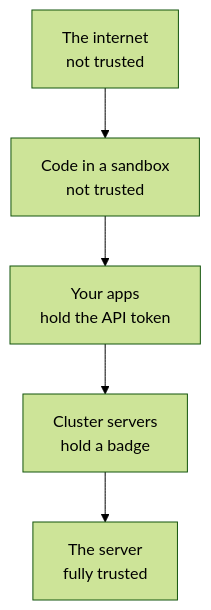
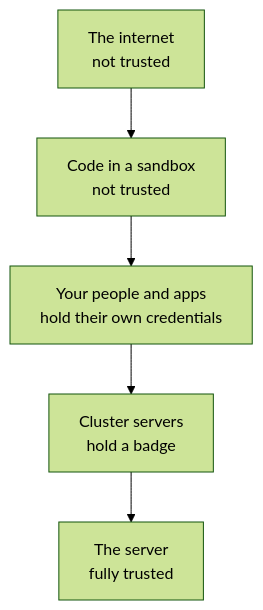
One commit to aerol-ai/microvm changed the second of 14 diagrams in docs/src/content/docs/engineering-security-overview.mdx. Above: the diagram before and after it, drawn with Mermaid (forest theme). The commit also changed other lines of this file and 15 other files, not shown here.

````diff
--- a/docs/src/content/docs/engineering-security-overview.mdx
+++ b/docs/src/content/docs/engineering-security-overview.mdx
@@ -70,7 +70,7 @@
 ```mermaid
 flowchart TB
     A["The internet<br/>not trusted"] --> B["Code in a sandbox<br/>not trusted"]
-    B --> C["Your apps<br/>hold the API token"]
+    B --> C["Your people and apps<br/>hold their own credentials"]
     C --> D["Cluster servers<br/>hold a badge"]
     D --> E["The server<br/>fully trusted"]
 ```
````
